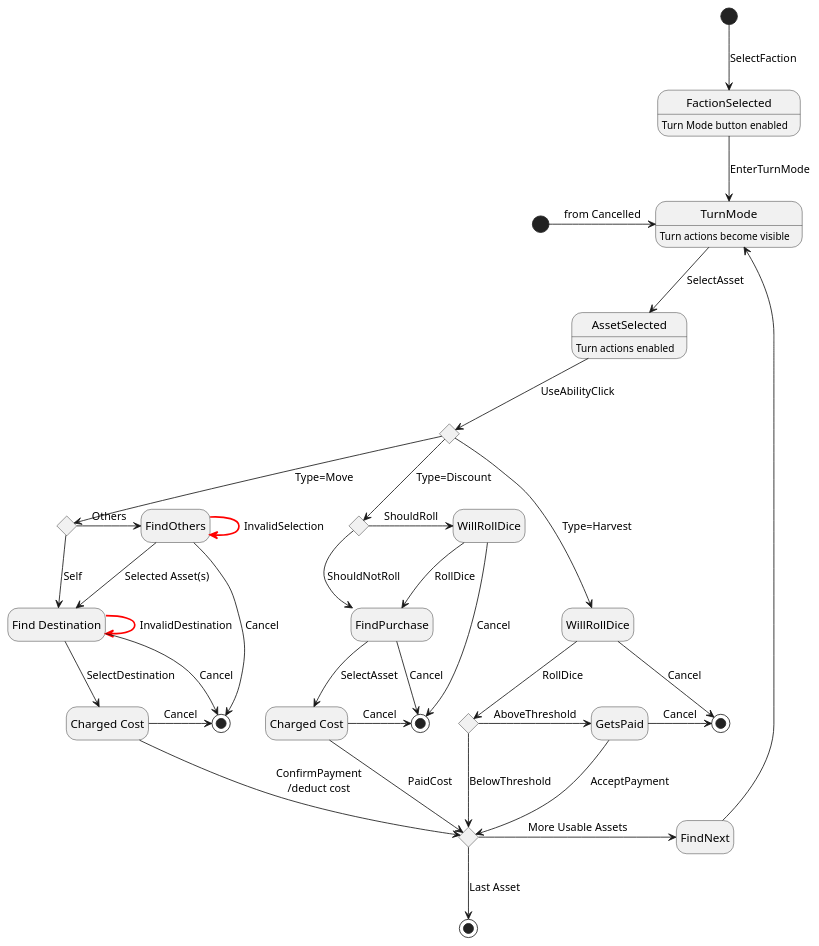
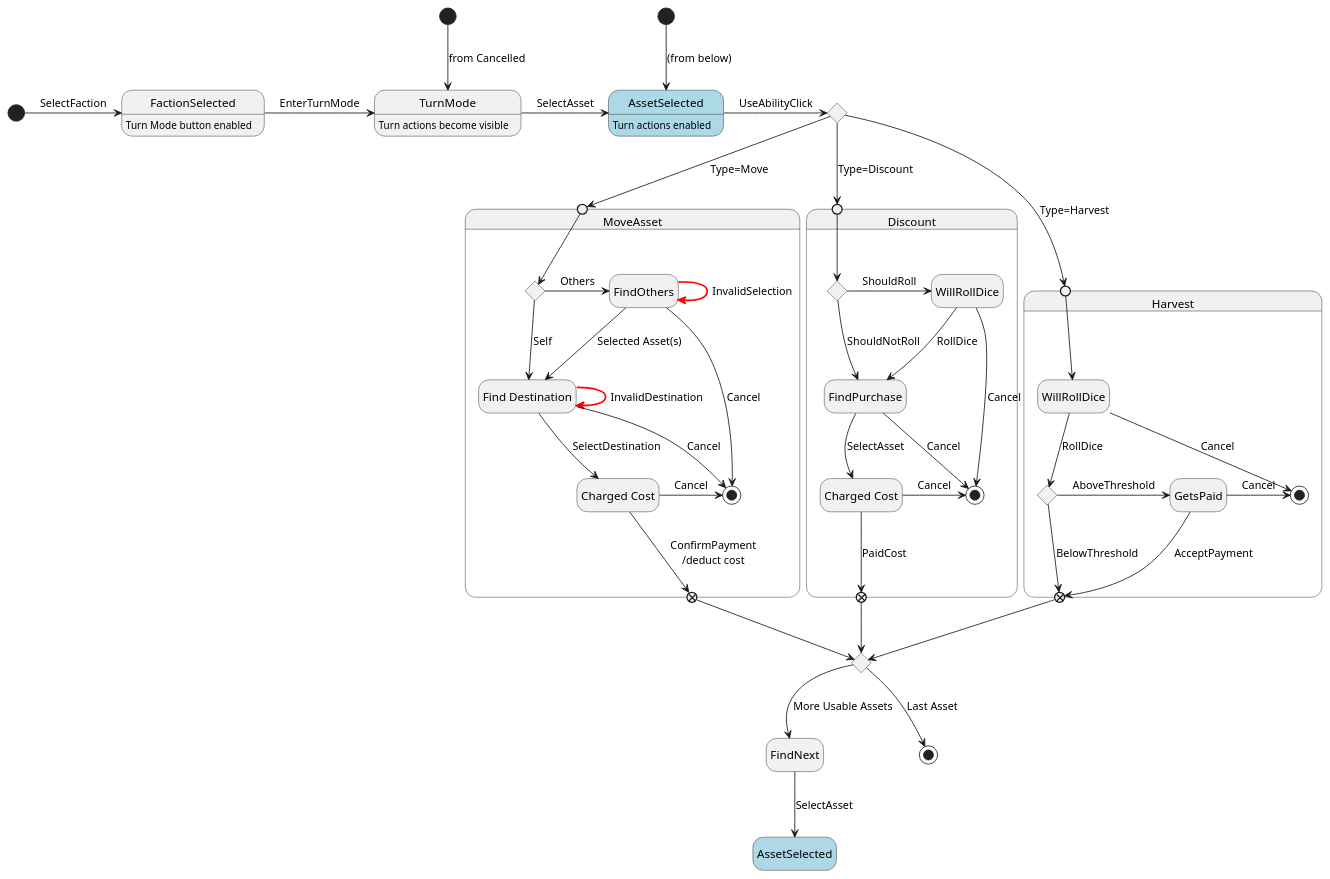
The diagram in design/Use FSM.plantuml (Zer0-Vector/swn-faction-tracker), drawn with PlantUML before and after one commit.

Commit message:
group action states into super states

```diff
--- a/design/Use FSM.plantuml
+++ b/design/Use FSM.plantuml
@@ -1,63 +1,86 @@
 @startuml Faction Turn Use Ability States
 hide empty description
 
 state "FactionSelected" as FS : Turn Mode button enabled
 state "TurnMode" as TM : Turn actions become visible
-state "AssetSelected" as ASel : Turn actions enabled
+state "AssetSelected" as ASel #lightblue : Turn actions enabled
 state cancelled <<start>>
 state "Type?" as type <<choice>>
-state "Move Self?" as self <<choice>>
-state "Find Destination" as FD
 state "More Assets?" as more <<choice>>
-state "Charged Cost" as CC1
-state "Charged Cost" as CC2
-state "Meets Threshold" as enough <<choice>>
-state "WillRollDice" as WRD1
-state "WillRollDice" as WRD2
-state "Should Roll" as toroll <<choice>>
+state moreassets <<start>>
 
-state MoveEnd <<end>>
-state DisEnd <<end>>
-state HarvEnd <<end>>
+[*] -> FS : SelectFaction
+FS -> TM : EnterTurnMode
+cancelled --> TM : from Cancelled
+TM -> ASel : SelectAsset
+moreassets --> ASel : (from below)
+ASel -> type : UseAbilityClick
 
-[*] --> FS : SelectFaction
-FS --> TM : EnterTurnMode
-cancelled -> TM : from Cancelled
-TM --> ASel : SelectAsset
-ASel --> type : UseAbilityClick
+state MoveAsset {
+  state " " as MoveIn <<entryPoint>>
+  state "Move Self?" as self <<choice>>
+  state "Find Destination" as FD
+  state "Charged Cost" as CC1
+  state " " as MoveOut <<exitPoint>>
+  state MoveEnd <<end>>
 
-type --> self : Type=Move
-self --> FD : Self
-self -> FindOthers : Others
-FindOthers --> FD : Selected Asset(s)
-FindOthers -[#red,bold]-> FindOthers : InvalidSelection
-FindOthers --> MoveEnd : Cancel
-FD -[#red,bold]-> FD : InvalidDestination
-FD --> CC1 : SelectDestination
-FD --> MoveEnd : Cancel
-CC1 --> more : ConfirmPayment\n/deduct cost
-CC1 -> MoveEnd : Cancel
+  type --> MoveIn : Type=Move
+  MoveIn --> self
+  self --> FD : Self
+  self -> FindOthers : Others
+  FindOthers --> FD : Selected Asset(s)
+  FindOthers -[#red,bold]-> FindOthers : InvalidSelection
+  FindOthers --> MoveEnd : Cancel
+  FD -[#red,bold]-> FD : InvalidDestination
+  FD --> CC1 : SelectDestination
+  FD --> MoveEnd : Cancel
+  CC1 --> MoveOut : ConfirmPayment\n/deduct cost
+  CC1 -> MoveEnd : Cancel
+  MoveOut --> more
+}
 
-type --> toroll : Type=Discount
-toroll -> WRD2 : ShouldRoll
-WRD2 --> FindPurchase : RollDice
-WRD2 --> DisEnd : Cancel
-toroll --> FindPurchase : ShouldNotRoll
-FindPurchase --> CC2 : SelectAsset
-FindPurchase -> DisEnd : Cancel
-CC2 --> more : PaidCost
-CC2 -> DisEnd : Cancel
+state Discount {
+  state "Charged Cost" as CC2
+  state "WillRollDice" as WRD2
+  state "Should Roll" as toroll <<choice>>
+  state " " as DisIn <<entryPoint>>
+  state " " as DisOut <<exitPoint>>
+  state DisEnd <<end>>
 
-type --> WRD1 : Type=Harvest
-WRD1 --> enough : RollDice
-WRD1 -> HarvEnd : Cancel
-enough --> more : BelowThreshold
-enough -> GetsPaid : AboveThreshold
-GetsPaid --> more : AcceptPayment
-GetsPaid -> HarvEnd : Cancel
+  type --> DisIn : Type=Discount
+  DisIn --> toroll
+  toroll -> WRD2 : ShouldRoll
+  WRD2 --> FindPurchase : RollDice
+  WRD2 --> DisEnd : Cancel
+  toroll --> FindPurchase : ShouldNotRoll
+  FindPurchase --> CC2 : SelectAsset
+  FindPurchase -> DisEnd : Cancel
+  CC2 --> DisOut : PaidCost
+  CC2 -> DisEnd : Cancel
+  DisOut --> more
+}
 
-more -> FindNext : More Usable Assets
+state Harvest {
+  state "Meets Threshold" as enough <<choice>>
+  state "WillRollDice" as WRD1
+  state HarvEnd <<end>>
+  state " " as HarvIn <<entryPoint>>
+  state " " as HarvOut <<exitPoint>>
+
+  
+  type --> HarvIn : Type=Harvest
+  HarvIn --> WRD1 
+  WRD1 --> enough : RollDice
+  WRD1 -> HarvEnd : Cancel
+  enough --> HarvOut : BelowThreshold
+  enough -> GetsPaid : AboveThreshold
+  GetsPaid --> HarvOut : AcceptPayment
+  GetsPaid -> HarvEnd : Cancel
+  HarvOut --> more
+}
+
+more --> FindNext : More Usable Assets
 more --> [*] : Last Asset
-FindNext -> TM
+FindNext --> AssetSelected #lightblue : SelectAsset
 
 @enduml
```
